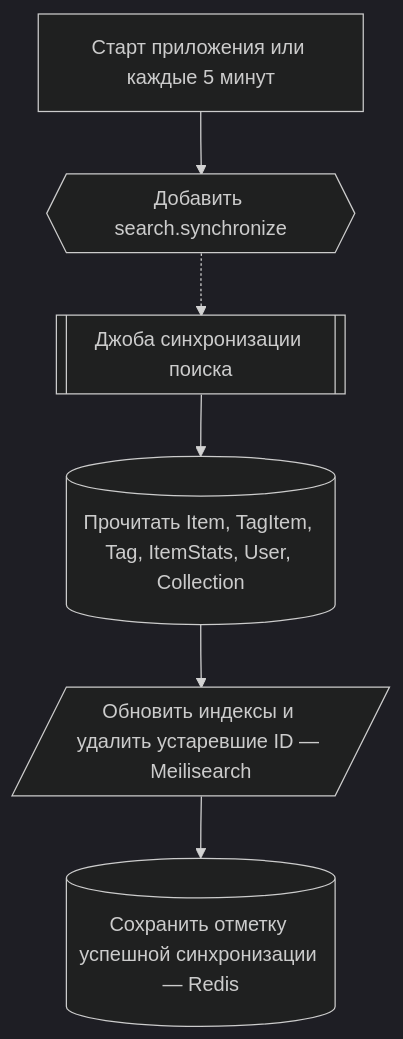
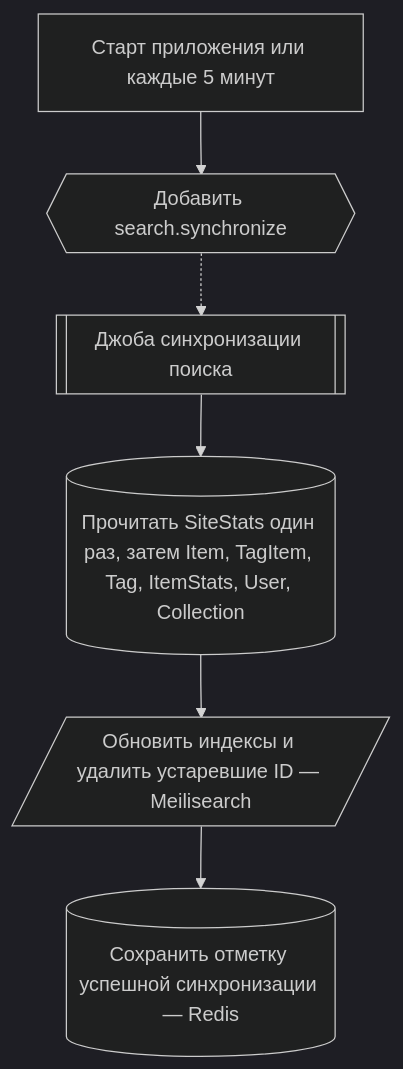
The third of 3 diagrams in apps/api/public/docs/api/requestFlows/catalog.md (AmyGrooove/f95-tinder), drawn with Mermaid (dark theme) before and after one commit. The commit also changed other lines of this file and 23 other files, not shown here.

````diff
--- a/apps/api/public/docs/api/requestFlows/catalog.md
+++ b/apps/api/public/docs/api/requestFlows/catalog.md
@@ -73,10 +73,10 @@
 ```mermaid
 flowchart TD
     accTitle: Как обновляется поисковый индекс
     accDescr: Планировщик ставит задачу, воркер читает MongoDB, обновляет Meilisearch и только после успеха сохраняет отметку готовности в Redis
     A["Старт приложения или каждые 5 минут"]:::action --> Q{{"Добавить search.synchronize"}}:::queue
     Q -.-> J[["Джоба синхронизации поиска"]]:::job
-    J --> B[("Прочитать Item, TagItem, Tag, ItemStats, User, Collection")]:::data
+    J --> B[("Прочитать SiteStats один раз, затем Item, TagItem, Tag, ItemStats, User, Collection")]:::data
     B --> C[/"Обновить индексы и удалить устаревшие ID — Meilisearch"/]:::external
     C --> D[("Сохранить отметку успешной синхронизации — Redis")]:::data
 ```
````
